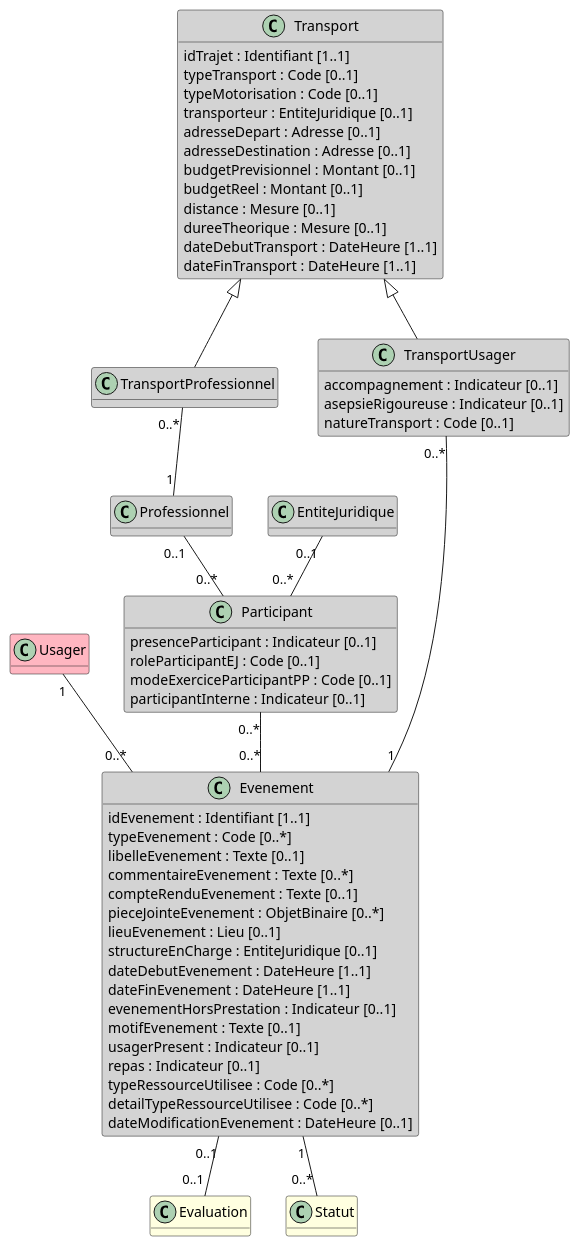
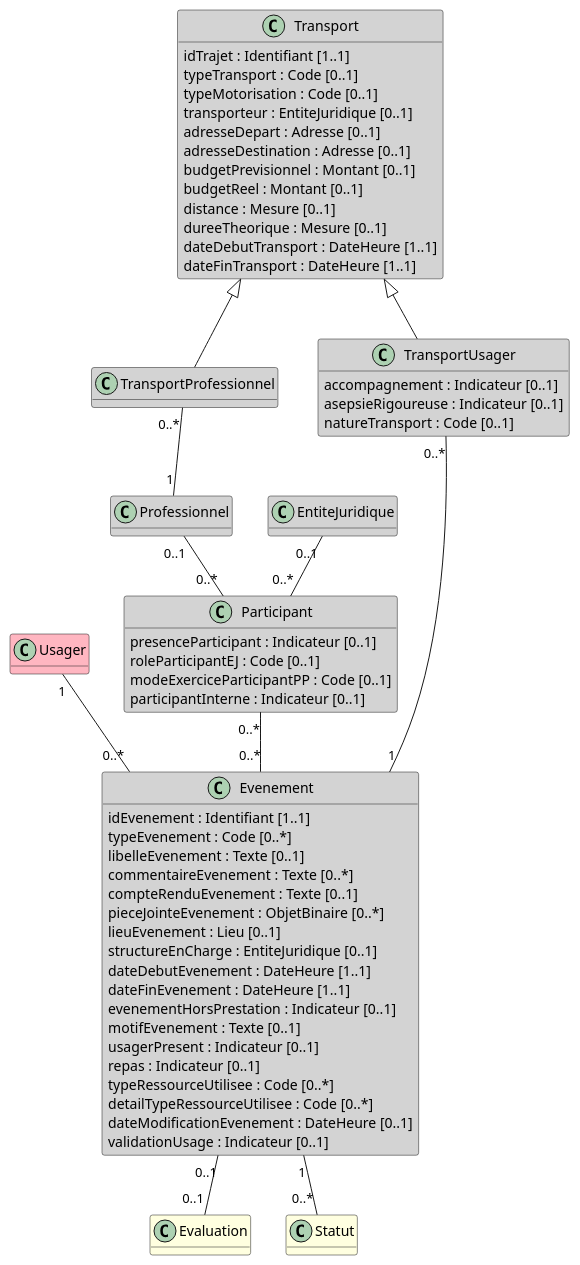
The diagram in input/images-source/bloc_evenement.plantuml (ansforge/IG-fhir-medicosocial-transfert-donnees-dui), drawn with PlantUML before and after one commit.

```diff
--- a/input/images-source/bloc_evenement.plantuml
+++ b/input/images-source/bloc_evenement.plantuml
@@ -1,77 +1,78 @@
 @startuml
 
 hide empty methods
 
 class Usager #LightPink
 
 class TransportProfessionnel #LightGray
 
 class Evaluation #LightYellow
 
 class Professionnel #LightGray 
 
 class EntiteJuridique #LightGray 
 
 class Statut #LightYellow 
 
 class Transport #LightGray {
     idTrajet : Identifiant [1..1]
     typeTransport : Code [0..1]
     typeMotorisation : Code [0..1]
     transporteur : EntiteJuridique [0..1]
     adresseDepart : Adresse [0..1]
     adresseDestination : Adresse [0..1]
     budgetPrevisionnel : Montant [0..1]
     budgetReel : Montant [0..1]
     distance : Mesure [0..1]
     dureeTheorique : Mesure [0..1]
     dateDebutTransport : DateHeure [1..1]
     dateFinTransport : DateHeure [1..1]
 }
 
 class TransportUsager #LightGray {
     accompagnement : Indicateur [0..1]
     asepsieRigoureuse : Indicateur [0..1]
     natureTransport : Code [0..1]
 }
 
 class Evenement #LightGray {
     idEvenement : Identifiant [1..1]
     typeEvenement : Code [0..*]
     libelleEvenement : Texte [0..1]
     commentaireEvenement : Texte [0..*]
     compteRenduEvenement : Texte [0..1]
     pieceJointeEvenement : ObjetBinaire [0..*]
     lieuEvenement : Lieu [0..1]
     structureEnCharge : EntiteJuridique [0..1]
     dateDebutEvenement : DateHeure [1..1]
     dateFinEvenement : DateHeure [1..1]
     evenementHorsPrestation : Indicateur [0..1]
     motifEvenement : Texte [0..1]
     usagerPresent : Indicateur [0..1]
     repas : Indicateur [0..1]
     typeRessourceUtilisee : Code [0..*]
     detailTypeRessourceUtilisee : Code [0..*]
     dateModificationEvenement : DateHeure [0..1]
+    validationUsage : Indicateur [0..1]
 }
 
 class Participant #LightGray {
     presenceParticipant : Indicateur [0..1]
     roleParticipantEJ : Code [0..1]
     modeExerciceParticipantPP : Code [0..1]
     participantInterne : Indicateur [0..1]
 }
 
 Usager "1" -- "0..*" Evenement
 Participant "0..*" -- "0..*" Evenement
 Professionnel "0..1" -- "0..*" Participant
 EntiteJuridique "0..1" -- "0..*" Participant
 Transport <|-- TransportProfessionnel
 Transport <|-- TransportUsager
 TransportUsager "0..*" -- "1" Evenement
 TransportProfessionnel "0..*" -- "1" Professionnel
 Evenement "0..1" -- "0..1" Evaluation
 Evenement "1" -- "0..*" Statut
 
 
 @enduml
```
